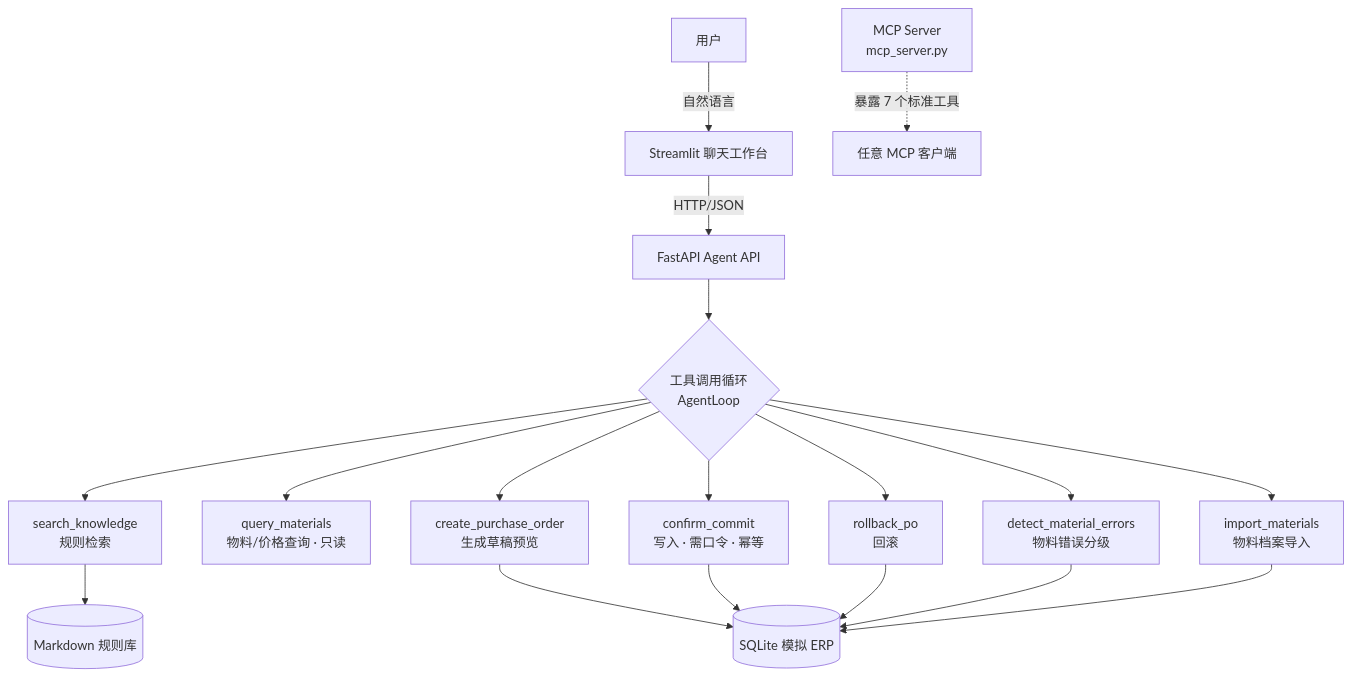
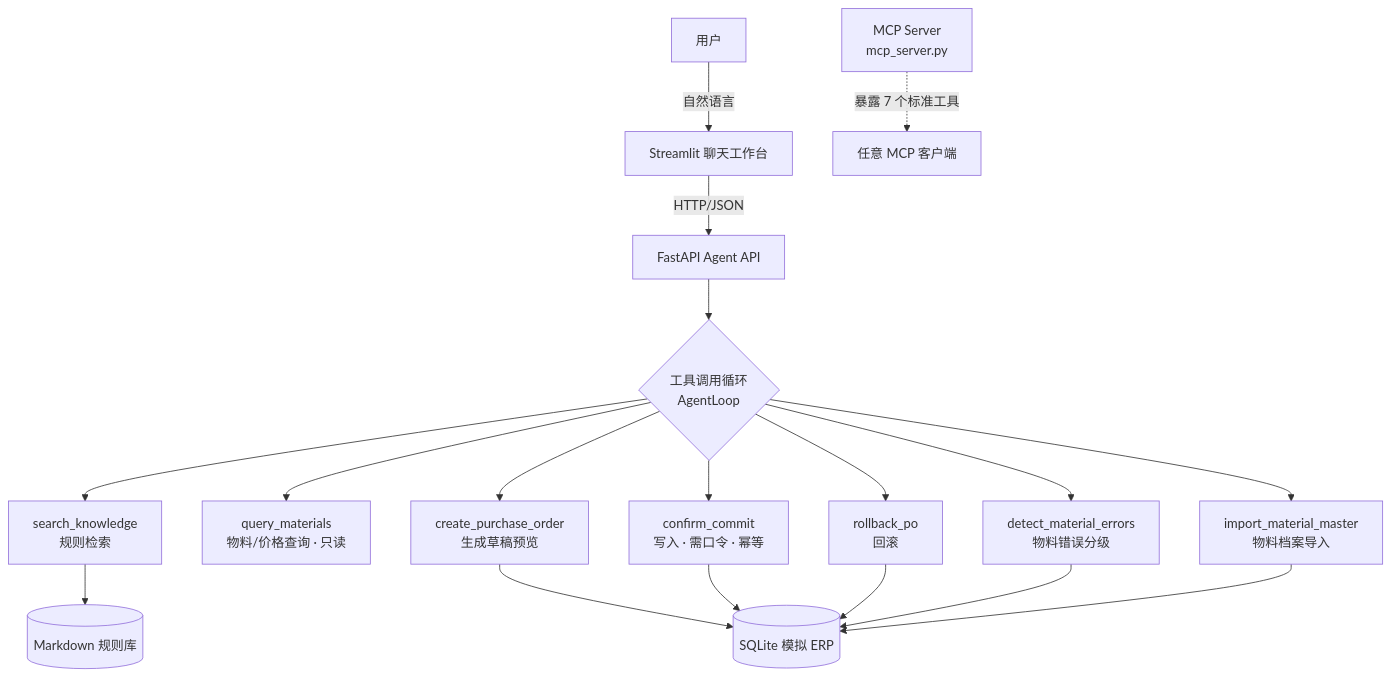
The diagram in README.md (qiandewucimi-cpu/erp-procurement-agent), drawn with Mermaid before and after one commit. The commit also changed other lines of this file and 1 other file, not shown here.

First line of the commit message:
docs: 修正架构图工具名、补全接口表、更新覆盖率 badge

````diff
--- a/README.md
+++ b/README.md
@@ -26,20 +26,20 @@
 ```mermaid
 flowchart TB
     U[用户] -->|自然语言| UI[Streamlit 聊天工作台]
     UI -->|HTTP/JSON| API[FastAPI Agent API]
     API --> LOOP{工具调用循环<br/>AgentLoop}
     LOOP --> SK[search_knowledge<br/>规则检索]
     LOOP --> QM[query_materials<br/>物料/价格查询 · 只读]
     LOOP --> CP[create_purchase_order<br/>生成草稿预览]
     LOOP --> CC[confirm_commit<br/>写入 · 需口令 · 幂等]
     LOOP --> RB[rollback_po<br/>回滚]
     LOOP --> DM[detect_material_errors<br/>物料错误分级]
-    LOOP --> IM[import_materials<br/>物料档案导入]
+    LOOP --> IM[import_material_master<br/>物料档案导入]
     CP --> DB[(SQLite 模拟 ERP)]
     CC --> DB
     RB --> DB
     DM --> DB
     IM --> DB
     SK --> KB[(Markdown 规则库)]
     MCP[MCP Server<br/>mcp_server.py] -.->|暴露 7 个标准工具| EXT[任意 MCP 客户端]
 ```
````
